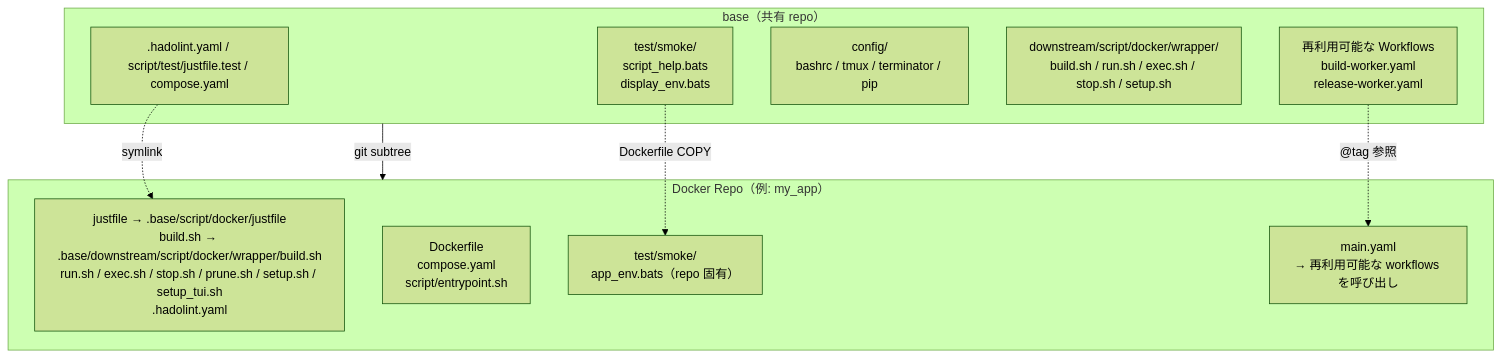
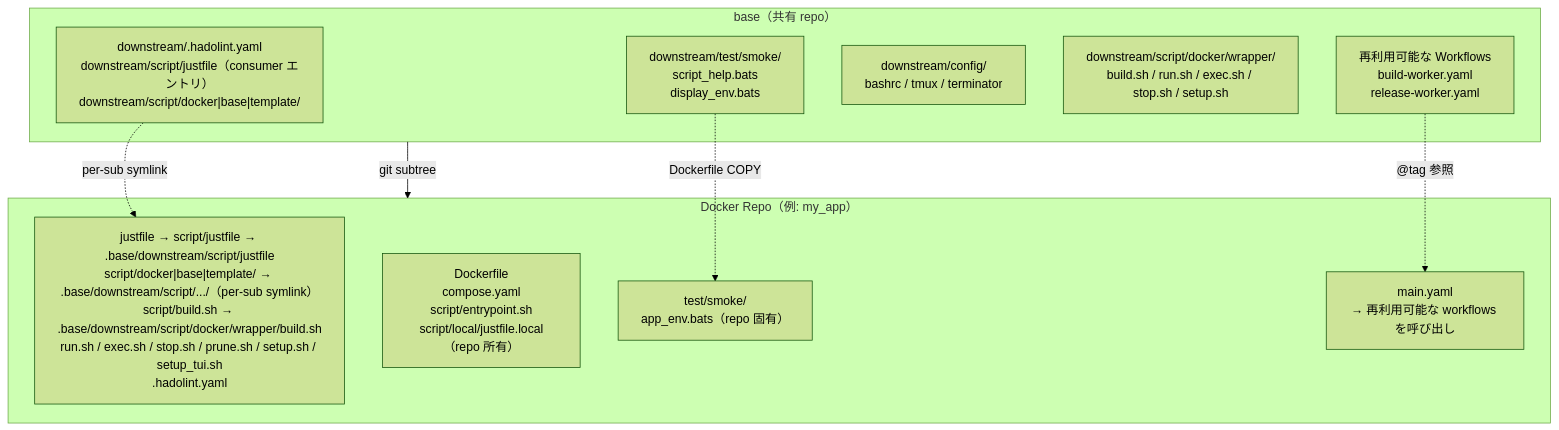
The first of 2 diagrams in doc/readme/README.ja.md (ycpss91255-docker/base), drawn with Mermaid (forest theme) before and after one commit. The commit also changed other lines of this file and 3 other files, not shown here.

````diff
--- a/doc/readme/README.ja.md
+++ b/doc/readme/README.ja.md
@@ -81,22 +82,22 @@
 ```mermaid
 graph TB
     subgraph base["base（共有 repo）"]
-        scripts[".hadolint.yaml / script/test/justfile.test / compose.yaml"]
-        smoke["test/smoke/<br/>script_help.bats<br/>display_env.bats"]
-        config["config/<br/>bashrc / tmux / terminator / pip"]
+        scripts["downstream/.hadolint.yaml<br/>downstream/script/justfile（consumer エントリ）<br/>downstream/script/docker|base|template/"]
+        smoke["downstream/test/smoke/<br/>script_help.bats<br/>display_env.bats"]
+        config["downstream/config/<br/>bashrc / tmux / terminator"]
         mgmt["downstream/script/docker/wrapper/<br/>build.sh / run.sh / exec.sh / stop.sh / setup.sh"]
         workflows["再利用可能な Workflows<br/>build-worker.yaml<br/>release-worker.yaml"]
     end
 
     subgraph consumer["Docker Repo（例: my_app）"]
-        symlinks["justfile → .base/script/docker/justfile<br/>build.sh → .base/downstream/script/docker/wrapper/build.sh<br/>run.sh / exec.sh / stop.sh / prune.sh / setup.sh / setup_tui.sh<br/>.hadolint.yaml"]
-        dockerfile["Dockerfile<br/>compose.yaml<br/>script/entrypoint.sh"]
+        symlinks["justfile → script/justfile → .base/downstream/script/justfile<br/>script/docker|base|template/ → .base/downstream/script/.../（per-sub symlink）<br/>script/build.sh → .base/downstream/script/docker/wrapper/build.sh<br/>run.sh / exec.sh / stop.sh / prune.sh / setup.sh / setup_tui.sh<br/>.hadolint.yaml"]
+        dockerfile["Dockerfile<br/>compose.yaml<br/>script/entrypoint.sh<br/>script/local/justfile.local（repo 所有）"]
         repo_test["test/smoke/<br/>app_env.bats（repo 固有）"]
         main_yaml["main.yaml<br/>→ 再利用可能な workflows を呼び出し"]
     end
 
     base -- "git subtree" --> consumer
-    scripts -. "symlink" .-> symlinks
+    scripts -. "per-sub symlink" .-> symlinks
     smoke -. "Dockerfile COPY" .-> repo_test
     workflows -. "@tag 参照" .-> main_yaml
 ```
````
